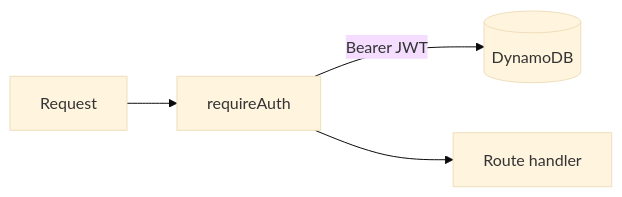
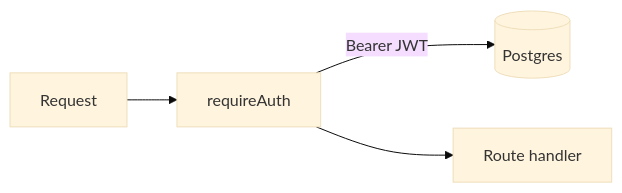
The diagram in content/tracks/backend-from-zero/lessons/15-auth-middleware.md (sreecharan-desu/hackx-slides), drawn with Mermaid (base theme) before and after one commit. The commit also changed other lines of this file and 38 other files, not shown here.

````diff
--- a/content/tracks/backend-from-zero/lessons/15-auth-middleware.md
+++ b/content/tracks/backend-from-zero/lessons/15-auth-middleware.md
@@ -8,6 +10,6 @@
 ```mermaid
 flowchart LR
   REQ[Request] --> MW[requireAuth]
-  MW -->|Bearer JWT| DB[(DynamoDB)]
+  MW -->|Bearer JWT| DB[(Postgres)]
   MW --> H[Route handler]
 ```
````
